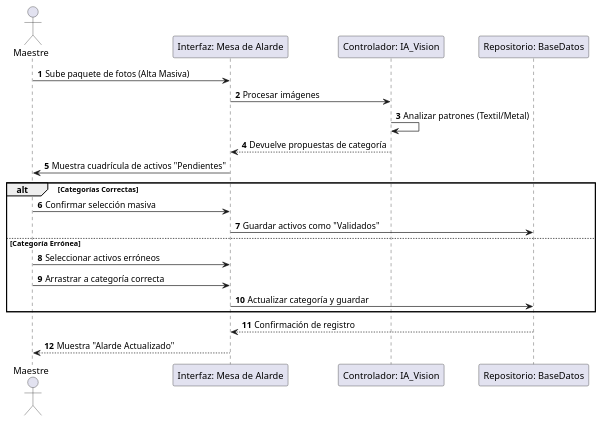
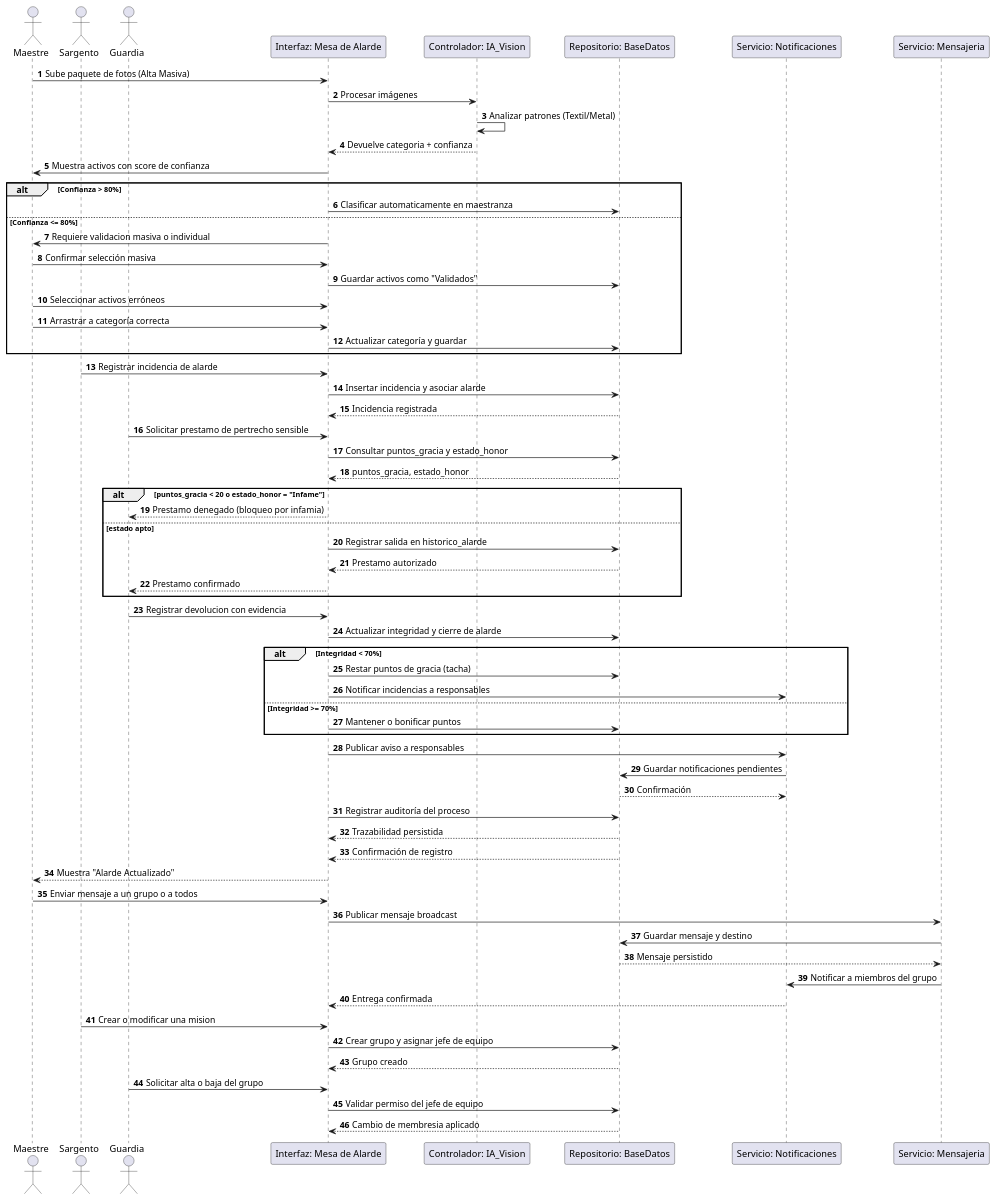
One commit to LuisRPAP/EntornosDesarrollo changed the diagram in ProyectoEntornos/disenoProcedimental.puml. Above: the diagram before and after it, drawn with PlantUML. The commit also changed other lines of this file and 120 other files, not shown here.

```diff
--- a/ProyectoEntornos/disenoProcedimental.puml
+++ b/ProyectoEntornos/disenoProcedimental.puml
@@ -2,25 +1,79 @@
-@startuml
+@startuml secuencia_alta_y_trazabilidad
 autonumber
 actor Maestre
+actor Sargento
+actor Guardia
 participant "Interfaz: Mesa de Alarde" as UI
 participant "Controlador: IA_Vision" as IA
 participant "Repositorio: BaseDatos" as BD
+participant "Servicio: Notificaciones" as NTF
+participant "Servicio: Mensajeria" as MSG
 
 Maestre -> UI: Sube paquete de fotos (Alta Masiva)
 UI -> IA: Procesar imágenes
 IA -> IA: Analizar patrones (Textil/Metal)
-IA --> UI: Devuelve propuestas de categoría
-UI -> Maestre: Muestra cuadrícula de activos "Pendientes"
+IA --> UI: Devuelve categoria + confianza
+UI -> Maestre: Muestra activos con score de confianza
 
-alt Categorías Correctas
+alt Confianza > 80%
+    UI -> BD: Clasificar automaticamente en maestranza
+else Confianza <= 80%
+    UI -> Maestre: Requiere validacion masiva o individual
     Maestre -> UI: Confirmar selección masiva
     UI -> BD: Guardar activos como "Validados"
-else Categoría Errónea
     Maestre -> UI: Seleccionar activos erróneos
     Maestre -> UI: Arrastrar a categoría correcta
     UI -> BD: Actualizar categoría y guardar
 end
 
+Sargento -> UI: Registrar incidencia de alarde
+UI -> BD: Insertar incidencia y asociar alarde
+BD --> UI: Incidencia registrada
+
+Guardia -> UI: Solicitar prestamo de pertrecho sensible
+UI -> BD: Consultar puntos_gracia y estado_honor
+BD --> UI: puntos_gracia, estado_honor
+
+alt puntos_gracia < 20 o estado_honor = "Infame"
+    UI --> Guardia: Prestamo denegado (bloqueo por infamia)
+else estado apto
+    UI -> BD: Registrar salida en historico_alarde
+    BD --> UI: Prestamo autorizado
+    UI --> Guardia: Prestamo confirmado
+end
+
+Guardia -> UI: Registrar devolucion con evidencia
+UI -> BD: Actualizar integridad y cierre de alarde
+
+alt Integridad < 70%
+    UI -> BD: Restar puntos de gracia (tacha)
+    UI -> NTF: Notificar incidencias a responsables
+else Integridad >= 70%
+    UI -> BD: Mantener o bonificar puntos
+end
+
+UI -> NTF: Publicar aviso a responsables
+NTF -> BD: Guardar notificaciones pendientes
+BD --> NTF: Confirmación
+
+UI -> BD: Registrar auditoría del proceso
+BD --> UI: Trazabilidad persistida
+
 BD --> UI: Confirmación de registro
 UI --> Maestre: Muestra "Alarde Actualizado"
+
+Maestre -> UI: Enviar mensaje a un grupo o a todos
+UI -> MSG: Publicar mensaje broadcast
+MSG -> BD: Guardar mensaje y destino
+BD --> MSG: Mensaje persistido
+MSG -> NTF: Notificar a miembros del grupo
+NTF --> UI: Entrega confirmada
+
+Sargento -> UI: Crear o modificar una mision
+UI -> BD: Crear grupo y asignar jefe de equipo
+BD --> UI: Grupo creado
+
+Guardia -> UI: Solicitar alta o baja del grupo
+UI -> BD: Validar permiso del jefe de equipo
+BD --> UI: Cambio de membresia aplicado
 @enduml
```
